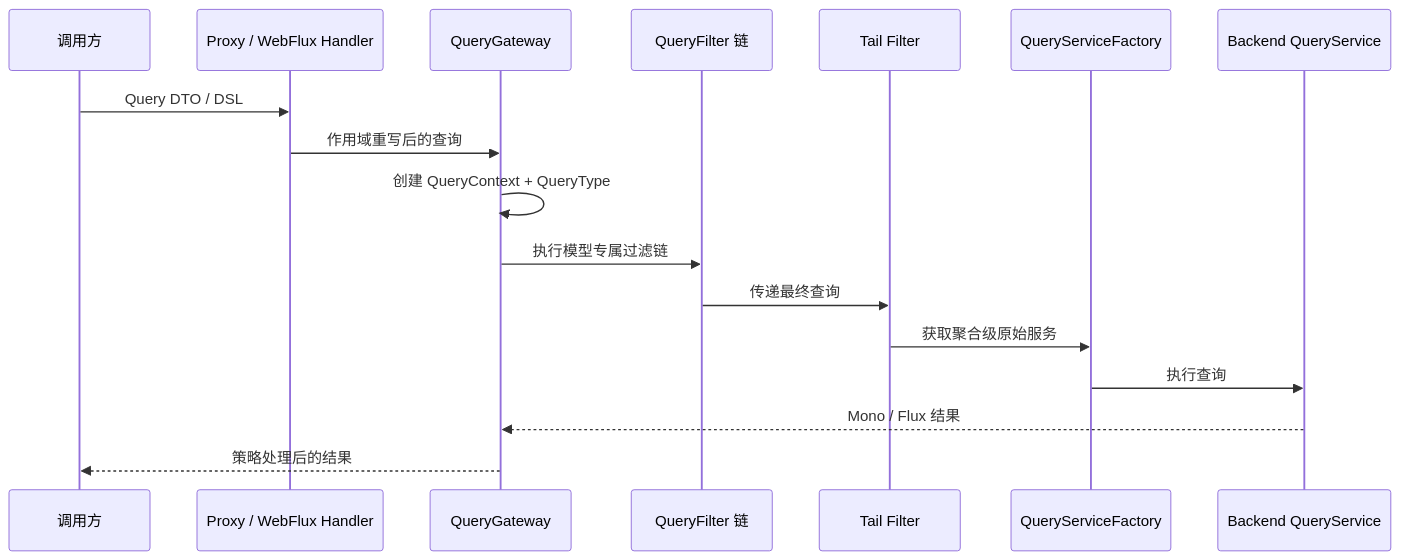
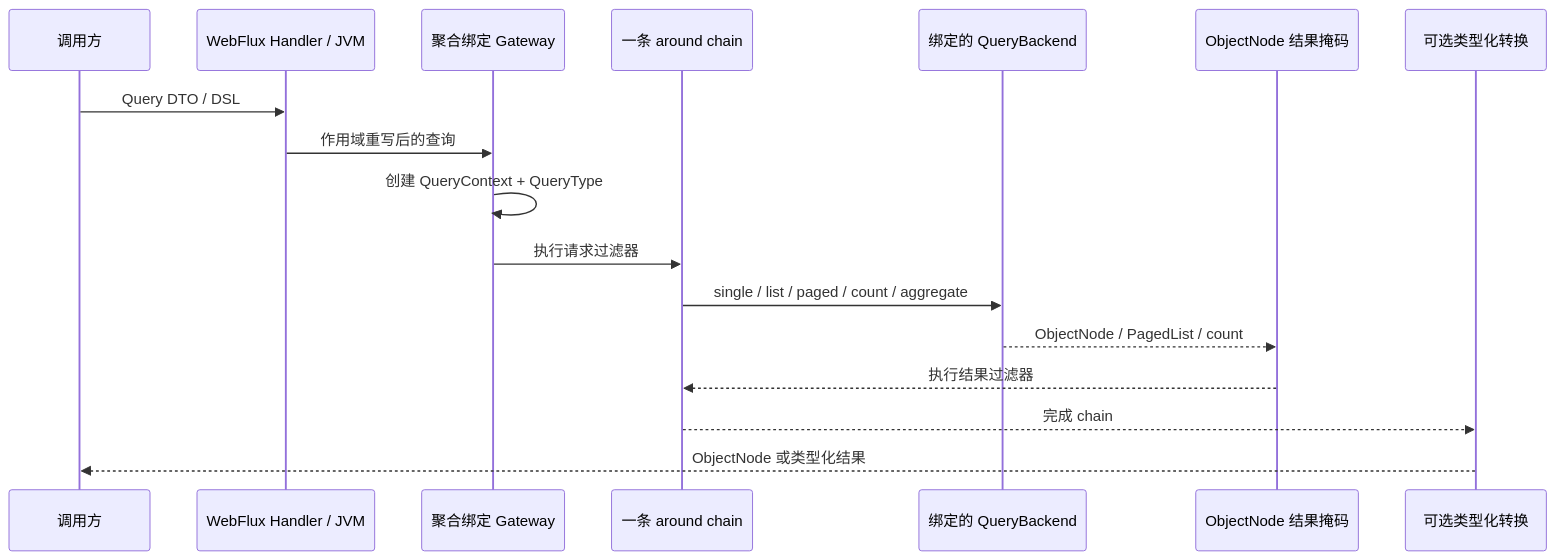
Before and after one commit to Ahoo-Wang/Wow: the diagram in documentation/docs/zh/guide/query/query-gateway.md, drawn with Mermaid. The commit also changed other lines of this file and 47 other files, not shown here.

Commit message:
docs(query): publish v9 gateway backend migration

````diff
--- a/documentation/docs/zh/guide/query/query-gateway.md
+++ b/documentation/docs/zh/guide/query/query-gateway.md
@@ -18,19 +18,19 @@
 ```mermaid
 sequenceDiagram
     participant Caller as 调用方
-    participant Entry as Proxy / WebFlux Handler
-    participant Gateway as QueryGateway
-    participant Filters as QueryFilter 链
-    participant Tail as Tail Filter
-    participant Factory as QueryServiceFactory
-    participant Backend as Backend QueryService
+    participant Entry as WebFlux Handler / JVM
+    participant Gateway as 聚合绑定 Gateway
+    participant Filters as 一条 around chain
+    participant Backend as 绑定的 QueryBackend
+    participant Mask as ObjectNode 结果掩码
+    participant Jackson as 可选类型化转换
     Caller->>Entry: Query DTO / DSL
     Entry->>Gateway: 作用域重写后的查询
     Gateway->>Gateway: 创建 QueryContext + QueryType
-    Gateway->>Filters: 执行模型专属过滤链
-    Filters->>Tail: 传递最终查询
-    Tail->>Factory: 获取聚合级原始服务
-    Factory->>Backend: 执行查询
-    Backend-->>Gateway: Mono / Flux 结果
-    Gateway-->>Caller: 策略处理后的结果
+    Gateway->>Filters: 执行请求过滤器
+    Filters->>Backend: single / list / paged / count / aggregate
+    Backend-->>Mask: ObjectNode / PagedList / count
+    Mask-->>Filters: 执行结果过滤器
+    Filters-->>Jackson: 完成 chain
+    Jackson-->>Caller: ObjectNode 或类型化结果
 ```
````
